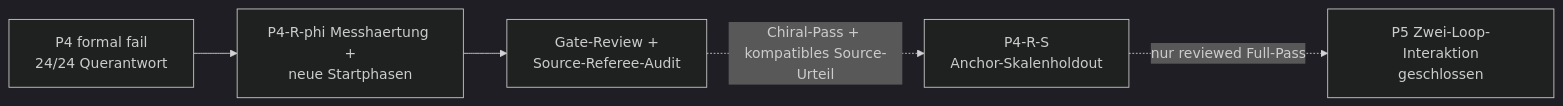
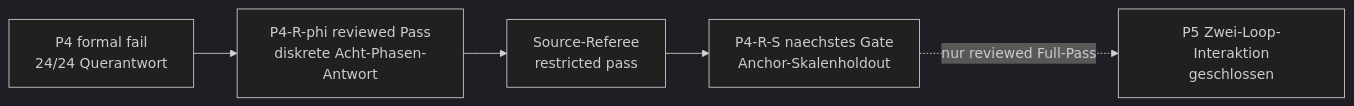
Before and after one commit to MemoryDynamics/Knoten: the diagram in docs/status/project_priorities.md, drawn with Mermaid (dark theme). The commit also changed other lines of this file and 16 other files, not shown here.

Commit message:
Complete P4 publication source audit

````diff
--- a/docs/status/project_priorities.md
+++ b/docs/status/project_priorities.md
@@ -39,13 +43,13 @@
 ```mermaid
 flowchart LR
     p4["P4 formal fail<br/>24/24 Querantwort"]
-    p4rphi["P4-R-phi Messhaertung +<br/>neue Startphasen"]
-    referee["Gate-Review +<br/>Source-Referee-Audit"]
-    p4rs["P4-R-S<br/>Anchor-Skalenholdout"]
+    p4rphi["P4-R-phi reviewed Pass<br/>diskrete Acht-Phasen-Antwort"]
+    referee["Source-Referee<br/>restricted pass"]
+    p4rs["P4-R-S naechstes Gate<br/>Anchor-Skalenholdout"]
     p5["P5 Zwei-Loop-Interaktion<br/>geschlossen"]
 
     p4 --> p4rphi
     p4rphi --> referee
-    referee -. Chiral-Pass + kompatibles Source-Urteil .-> p4rs
+    referee --> p4rs
     p4rs -. nur reviewed Full-Pass .-> p5
 ```
````
